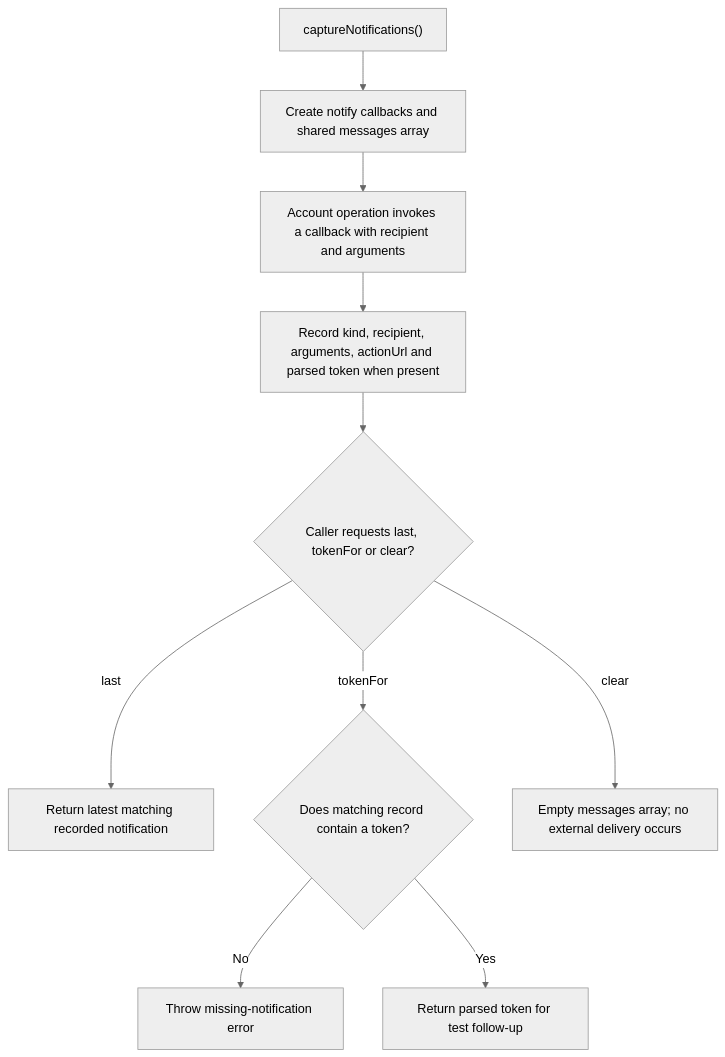
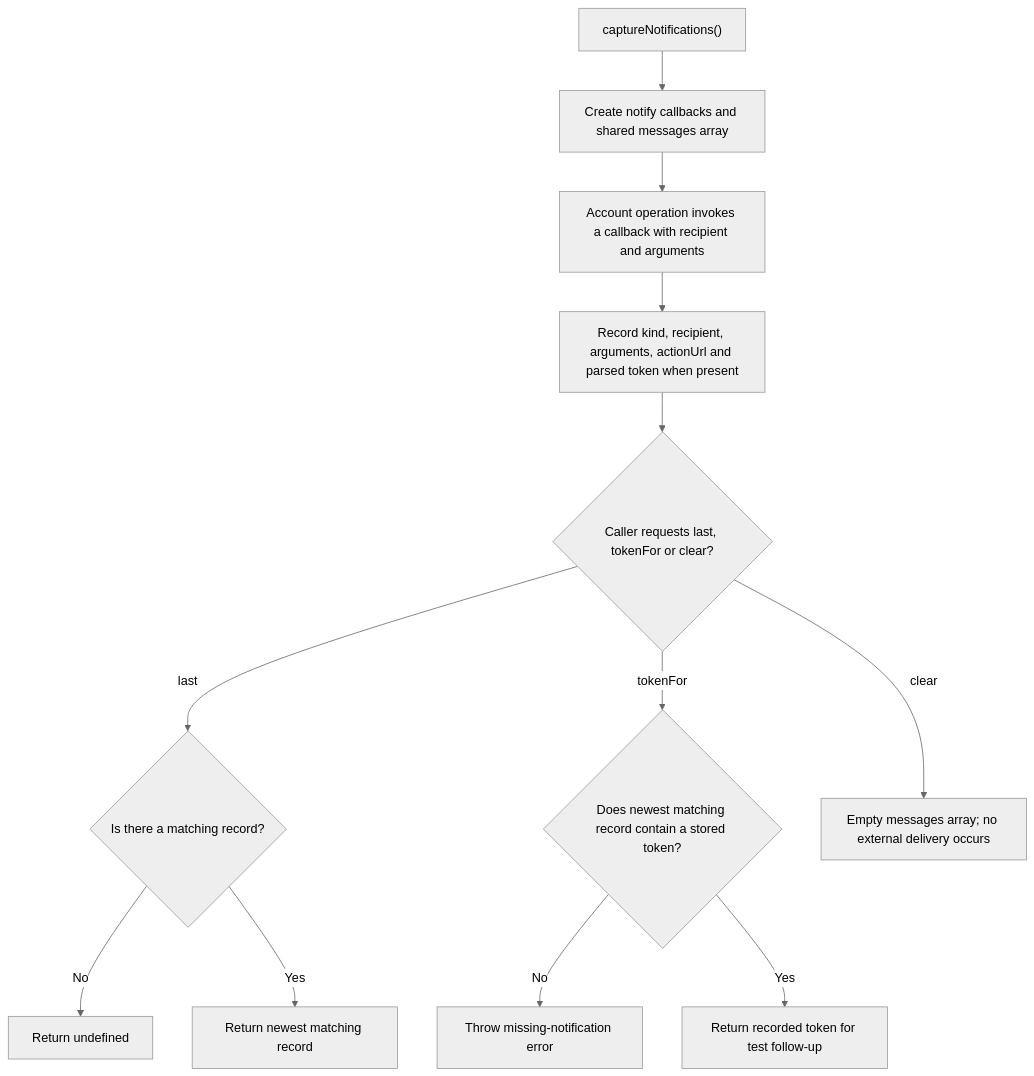
The second of 2 diagrams in user-stories/US-ACCOUNT-55-capture-notifications-in-tests.md (Kevinjohn/oss-adonisjs-account-kit), drawn with Mermaid (neutral theme) before and after one commit. The commit also changed other lines of this file and 1 other file, not shown here.

Commit message:
docs: align testing helper story traces

````diff
--- a/user-stories/US-ACCOUNT-55-capture-notifications-in-tests.md
+++ b/user-stories/US-ACCOUNT-55-capture-notifications-in-tests.md
@@ -32,12 +32,14 @@
 ```mermaid
 flowchart TD
  A["captureNotifications()"] --> B["Create notify callbacks and shared messages array"]
  B --> C["Account operation invokes a callback with recipient and arguments"]
  C --> D["Record kind, recipient, arguments, actionUrl and parsed token when present"]
  D --> E{"Caller requests last, tokenFor or clear?"}
- E -->|last| F["Return latest matching recorded notification"]
- E -->|tokenFor| G{"Does matching record contain a token?"}
- G -->|No| H["Throw missing-notification error"]
- G -->|Yes| I["Return parsed token for test follow-up"]
- E -->|clear| J["Empty messages array; no external delivery occurs"]
+ E -->|last| F{"Is there a matching record?"}
+ F -->|No| G["Return undefined"]
+ F -->|Yes| H["Return newest matching record"]
+ E -->|tokenFor| I{"Does newest matching record contain a stored token?"}
+ I -->|No| J["Throw missing-notification error"]
+ I -->|Yes| K["Return recorded token for test follow-up"]
+ E -->|clear| L["Empty messages array; no external delivery occurs"]
 ```
````
